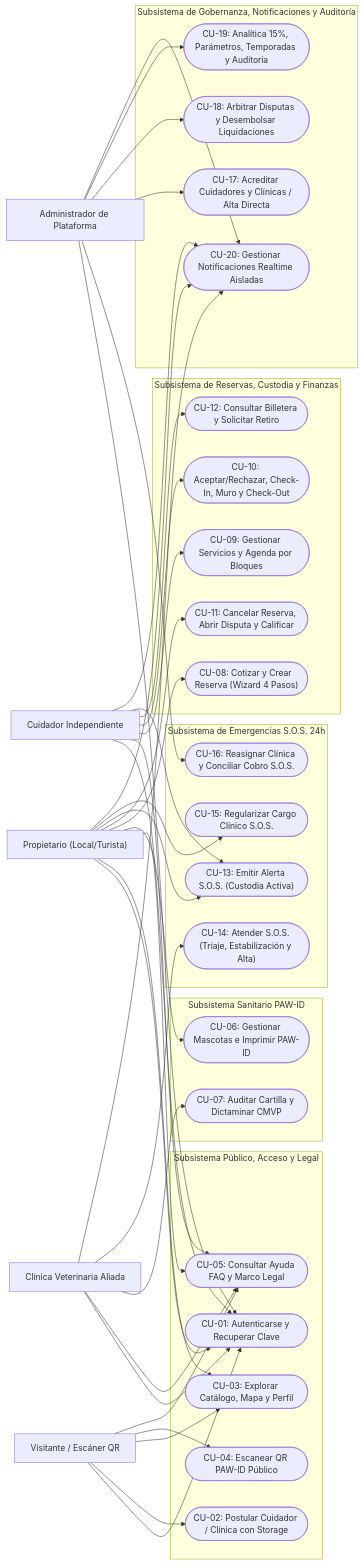
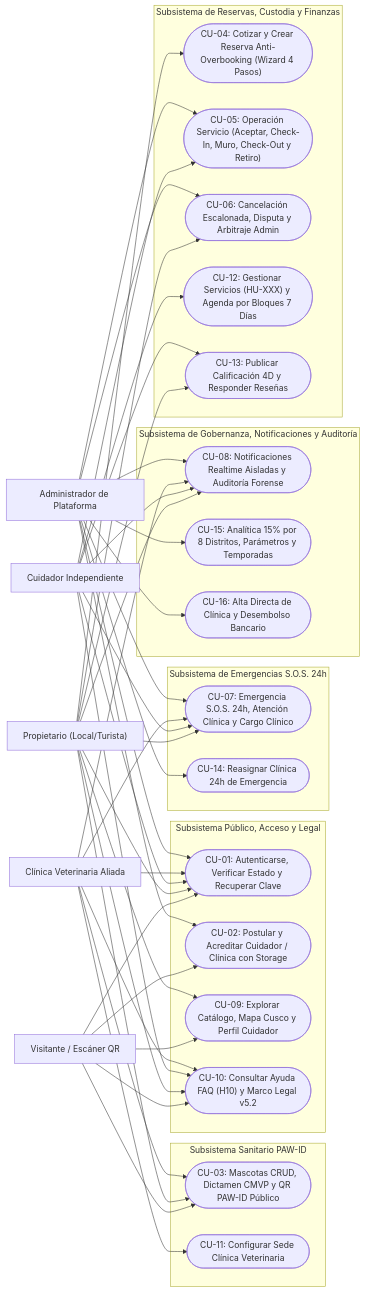
Before and after one commit to RubikAnton/pawPatita: the second of 16 diagrams in DOCUMENTACION_MAESTRA_PAWPATITA.md, drawn with Mermaid. The commit also changed other lines of this file, not shown here.

Commit message:
docs: auditar y enriquecer documentacion maestra desde enfoque multidisciplinario

````diff
--- a/DOCUMENTACION_MAESTRA_PAWPATITA.md
+++ b/DOCUMENTACION_MAESTRA_PAWPATITA.md
@@ -182,80 +257,80 @@
 ```mermaid
 flowchart LR
     VIS["Visitante / Escáner QR"]
     PROP["Propietario (Local/Turista)"]
     CUID["Cuidador Independiente"]
     VET["Clínica Veterinaria Aliada"]
     ADM["Administrador de Plataforma"]
 
     subgraph SUB_PUB["Subsistema Público, Acceso y Legal"]
-        UC1(["CU-01: Autenticarse y Recuperar Clave"])
-        UC2(["CU-02: Postular Cuidador / Clínica con Storage"])
-        UC3(["CU-03: Explorar Catálogo, Mapa y Perfil"])
-        UC4(["CU-04: Escanear QR PAW-ID Público"])
-        UC5(["CU-05: Consultar Ayuda FAQ y Marco Legal"])
+        CU01(["CU-01: Autenticarse, Verificar Estado y Recuperar Clave"])
+        CU02(["CU-02: Postular y Acreditar Cuidador / Clínica con Storage"])
+        CU09(["CU-09: Explorar Catálogo, Mapa Cusco y Perfil Cuidador"])
+        CU10(["CU-10: Consultar Ayuda FAQ (H10) y Marco Legal v5.2"])
     end
 
     subgraph SUB_PET["Subsistema Sanitario PAW-ID"]
-        UC6(["CU-06: Gestionar Mascotas e Imprimir PAW-ID"])
-        UC7(["CU-07: Auditar Cartilla y Dictaminar CMVP"])
+        CU03(["CU-03: Mascotas CRUD, Dictamen CMVP y QR PAW-ID Público"])
+        CU11(["CU-11: Configurar Sede Clínica Veterinaria"])
     end
 
     subgraph SUB_OPS["Subsistema de Reservas, Custodia y Finanzas"]
-        UC8(["CU-08: Cotizar y Crear Reserva (Wizard 4 Pasos)"])
-        UC9(["CU-09: Gestionar Servicios y Agenda por Bloques"])
-        UC10(["CU-10: Aceptar/Rechazar, Check-In, Muro y Check-Out"])
-        UC11(["CU-11: Cancelar Reserva, Abrir Disputa y Calificar"])
-        UC12(["CU-12: Consultar Billetera y Solicitar Retiro"])
+        CU04(["CU-04: Cotizar y Crear Reserva Anti-Overbooking (Wizard 4 Pasos)"])
+        CU05(["CU-05: Operación Servicio (Aceptar, Check-In, Muro, Check-Out y Retiro)"])
+        CU06(["CU-06: Cancelación Escalonada, Disputa y Arbitraje Admin"])
+        CU12(["CU-12: Gestionar Servicios (HU-XXX) y Agenda por Bloques 7 Días"])
+        CU13(["CU-13: Publicar Calificación 4D y Responder Reseñas"])
     end
 
     subgraph SUB_SOS["Subsistema de Emergencias S.O.S. 24h"]
-        UC13(["CU-13: Emitir Alerta S.O.S. (Custodia Activa)"])
-        UC14(["CU-14: Atender S.O.S. (Triaje, Estabilización y Alta)"])
-        UC15(["CU-15: Regularizar Cargo Clínico S.O.S."])
-        UC16(["CU-16: Reasignar Clínica y Conciliar Cobro S.O.S."])
+        CU07(["CU-07: Emergencia S.O.S. 24h, Atención Clínica y Cargo Clínico"])
+        CU14(["CU-14: Reasignar Clínica 24h de Emergencia"])
     end
 
     subgraph SUB_ADM["Subsistema de Gobernanza, Notificaciones y Auditoría"]
-        UC17(["CU-17: Acreditar Cuidadores y Clínicas / Alta Directa"])
-        UC18(["CU-18: Arbitrar Disputas y Desembolsar Liquidaciones"])
-        UC19(["CU-19: Analítica 15%, Parámetros, Temporadas y Auditoría"])
-        UC20(["CU-20: Gestionar Notificaciones Realtime Aisladas"])
+        CU08(["CU-08: Notificaciones Realtime Aisladas y Auditoría Forense"])
+        CU15(["CU-15: Analítica 15% por 8 Distritos, Parámetros y Temporadas"])
+        CU16(["CU-16: Alta Directa de Clínica y Desembolso Bancario"])
     end
 
-    VIS --> UC1
-    VIS --> UC2
-    VIS --> UC3
-    VIS --> UC4
-    VIS --> UC5
+    VIS --> CU01
+    VIS --> CU02
+    VIS --> CU03
+    VIS --> CU09
+    VIS --> CU10
 
-    PROP --> UC1
-    PROP --> UC3
-    PROP --> UC5
-    PROP --> UC6
-    PROP --> UC8
-    PROP --> UC11
-    PROP --> UC13
-    PROP --> UC15
-    PROP --> UC20
+    PROP --> CU01
+    PROP --> CU03
+    PROP --> CU04
+    PROP --> CU06
+    PROP --> CU07
+    PROP --> CU08
+    PROP --> CU09
+    PROP --> CU10
+    PROP --> CU13
 
-    CUID --> UC1
-    CUID --> UC5
-    CUID --> UC9
-    CUID --> UC10
-    CUID --> UC12
-    CUID --> UC13
-    CUID --> UC20
+    CUID --> CU01
+    CUID --> CU05
+    CUID --> CU07
+    CUID --> CU08
+    CUID --> CU10
+    CUID --> CU12
+    CUID --> CU13
 
-    VET --> UC1
-    VET --> UC5
-    VET --> UC7
-    VET --> UC14
-    VET --> UC20
+    VET --> CU01
+    VET --> CU03
+    VET --> CU07
+    VET --> CU08
+    VET --> CU10
+    VET --> CU11
 
-    ADM --> UC1
-    ADM --> UC16
-    ADM --> UC17
-    ADM --> UC18
-    ADM --> UC19
-    ADM --> UC20
+    ADM --> CU01
+    ADM --> CU02
+    ADM --> CU05
+    ADM --> CU06
+    ADM --> CU07
+    ADM --> CU08
+    ADM --> CU14
+    ADM --> CU15
+    ADM --> CU16
 ```
````
